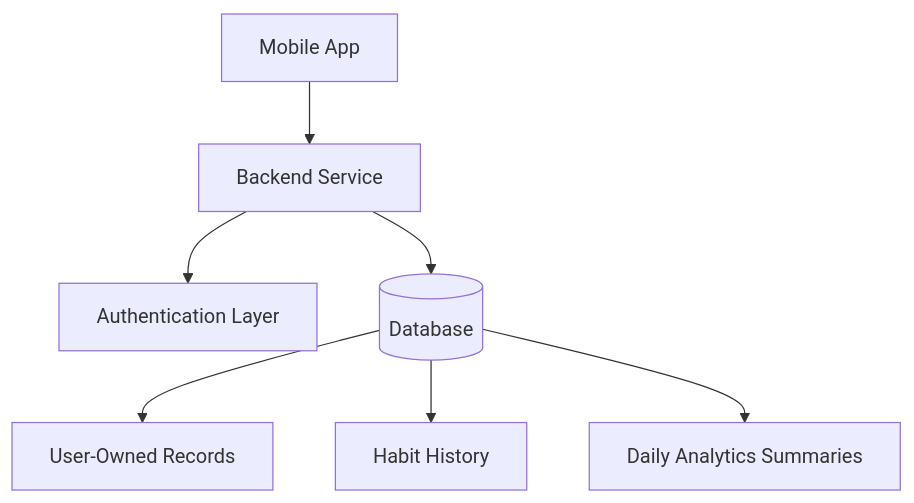
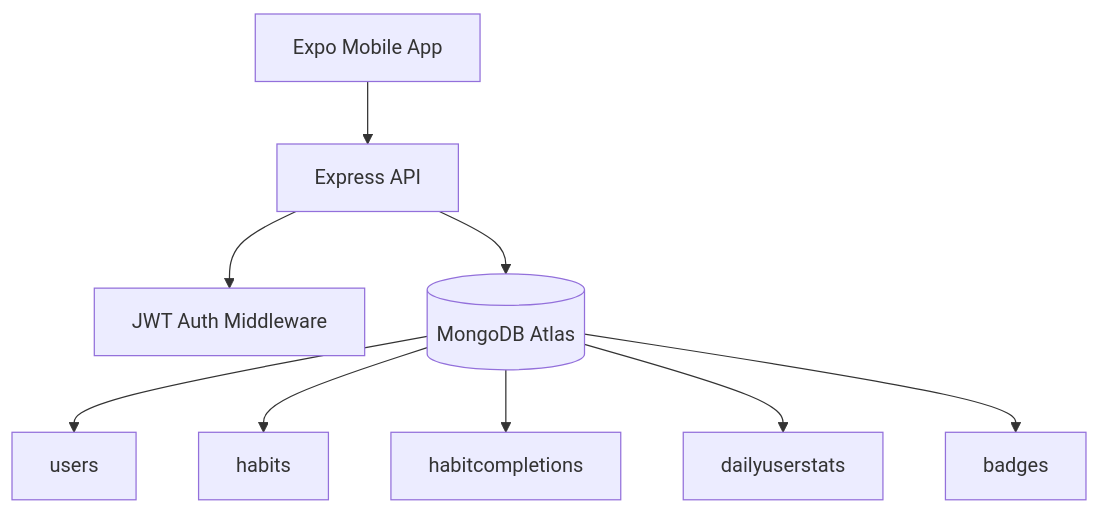
The second of 7 diagrams in README.md (luckyr942/Consisly), drawn with Mermaid before and after one commit. The commit also changed other lines of this file and 3 other files, not shown here.

````diff
--- a/README.md
+++ b/README.md
@@ -33,9 +32,11 @@
 ```mermaid
 flowchart TB
-    Mobile[Mobile App] --> API[Backend Service]
-    API --> Auth[Authentication Layer]
-    API --> Data[(Database)]
-    Data --> UserData[User-Owned Records]
-    Data --> HabitHistory[Habit History]
-    Data --> Analytics[Daily Analytics Summaries]
+    Mobile[Expo Mobile App] --> API[Express API]
+    API --> Auth[JWT Auth Middleware]
+    API --> Mongo[(MongoDB Atlas)]
+    Mongo --> Users[users]
+    Mongo --> Habits[habits]
+    Mongo --> Completions[habitcompletions]
+    Mongo --> Stats[dailyuserstats]
+    Mongo --> Badges[badges]
 ```
````
